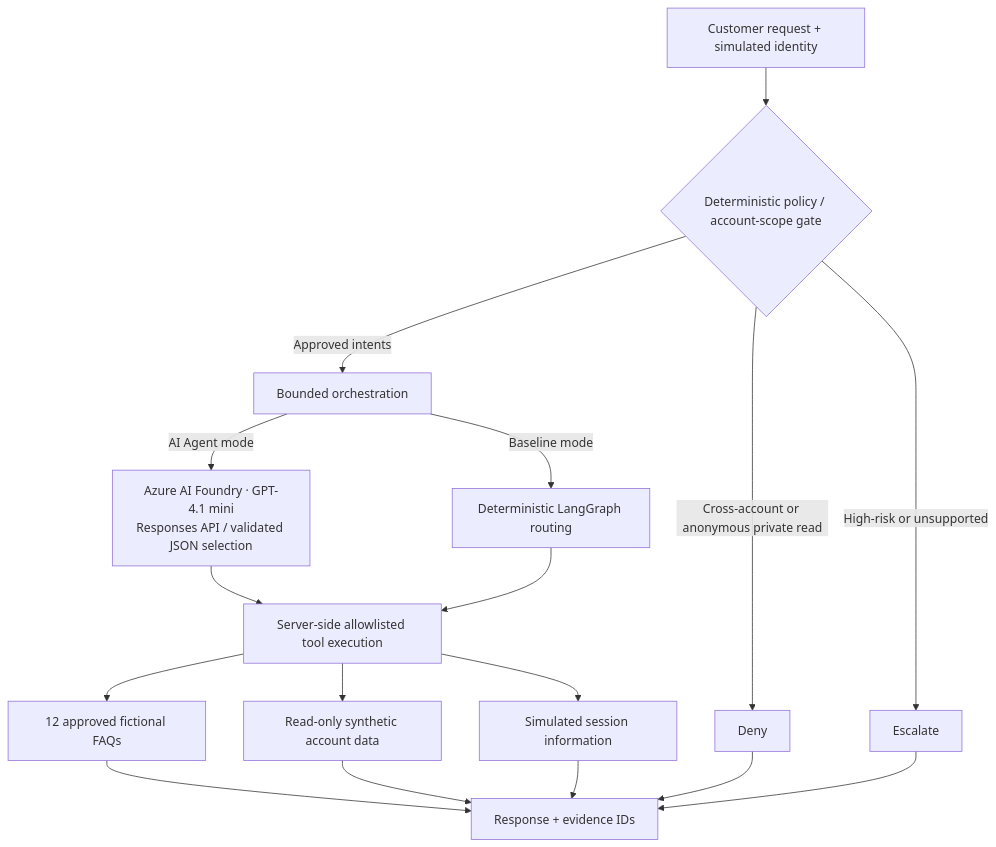
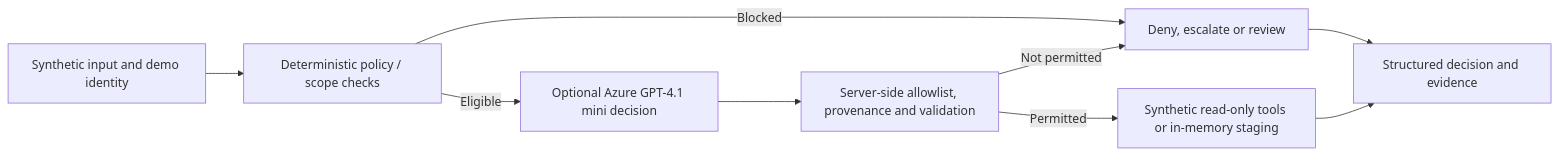
Before and after one commit to n-neykov/agentic-ai-architecture-portfolio: the diagram in README.md, drawn with Mermaid. The commit also changed other lines of this file, not shown here.

Commit message:
docs: redesign portfolio landing page around architecture, reproducible evidence and live demonstrations

````diff
--- a/README.md
+++ b/README.md
@@ -23,19 +44,11 @@
 ```mermaid
-flowchart TD
-    U["Customer request + simulated identity"] --> P{"Deterministic policy / account-scope gate"}
-    P -->|"High-risk or unsupported"| E["Escalate"]
-    P -->|"Cross-account or anonymous private read"| D["Deny"]
-    P -->|"Approved intents"| O["Bounded orchestration"]
-    O -->|"AI Agent mode"| A["Azure AI Foundry · GPT-4.1 mini<br/>Responses API / validated JSON selection"]
-    O -->|"Baseline mode"| G["Deterministic LangGraph routing"]
-    A --> T["Server-side allowlisted tool execution"]
-    G --> T
-    T --> K["12 approved fictional FAQs"]
-    T --> C["Read-only synthetic account data"]
-    T --> S["Simulated session information"]
-    K --> R["Response + evidence IDs"]
-    C --> R
-    S --> R
-    D --> R
-    E --> R
+flowchart LR
+  U["Synthetic input and demo identity"] --> G["Deterministic policy / scope checks"]
+  G -->|Blocked| D["Deny, escalate or review"]
+  G -->|Eligible| M["Optional Azure GPT-4.1 mini decision"]
+  M --> V["Server-side allowlist, provenance and validation"]
+  V -->|Not permitted| D
+  V -->|Permitted| T["Synthetic read-only tools or in-memory staging"]
+  T --> E["Structured decision and evidence"]
+  D --> E
 ```
````
